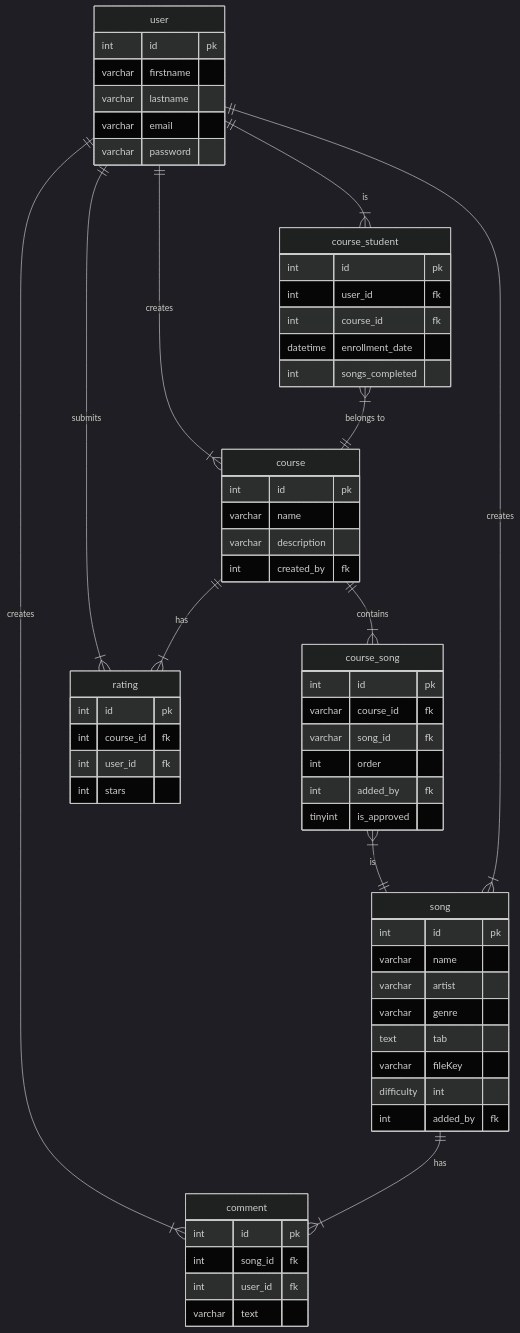
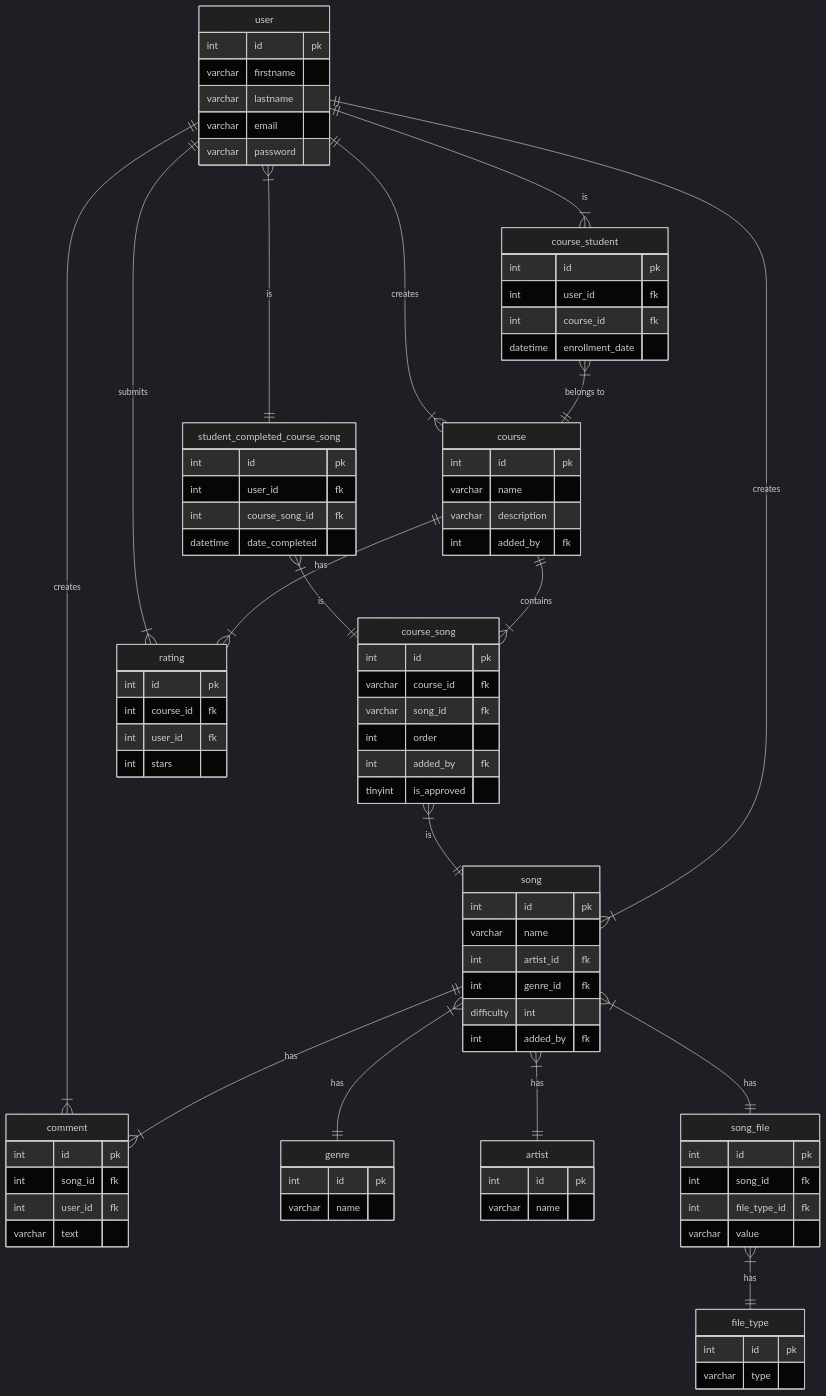
Before and after one commit to ronaldescobar-u/the-musicians-path: the second of 2 diagrams in README.md, drawn with Mermaid (dark theme). The commit also changed other lines of this file, not shown here.

Commit message:
Added song file, file type, genre, artist and student_completed_course_song tables. Updated must, should, could and will not have. Added minor fixes.

```diff
--- a/README.md
+++ b/README.md
@@ -60,8 +63,6 @@
         int user_id fk
         int course_id fk
         datetime enrollment_date
-        int songs_completed
-
     }
     course ||--|{ course_song : contains
     user ||--|{ song : creates
@@ -69,7 +70,15 @@
         int id pk
         varchar name
         varchar description
-        int created_by fk
+        int added_by fk
+    }
+    user }|--|| student_completed_course_song : is
+    student_completed_course_song }|--|| course_song : is
+    student_completed_course_song {
+        int id pk
+        int user_id fk
+        int course_song_id fk
+        datetime date_completed
     }
     course_song }|--|| song : is
     course_song {
@@ -84,18 +93,38 @@
     song {
         int id pk
         varchar name
-        varchar artist
-        varchar genre
-        text tab
-        varchar fileKey
+        int artist_id fk
+        int genre_id fk
         difficulty int
         int added_by fk
+    }
+    song }|--|| genre : "has"
+    genre {
+        int id pk
+        varchar name
     }
     comment {
         int id pk
         int song_id fk
         int user_id fk
         varchar text
+    }
+    song }|--|| artist : "has"
+    artist {
+        int id pk
+        varchar name
+    }
+    song }|--|| song_file : "has"
+    song_file {
+        int id pk
+        int song_id fk
+        int file_type_id fk
+        varchar value
+    }
+    song_file }|--|| file_type : "has"
+    file_type {
+        int id pk
+        varchar type
     }
     user ||--|{ comment : creates
     user ||--|{ course : creates
```
